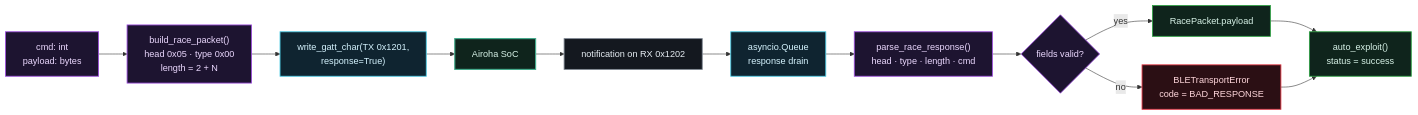
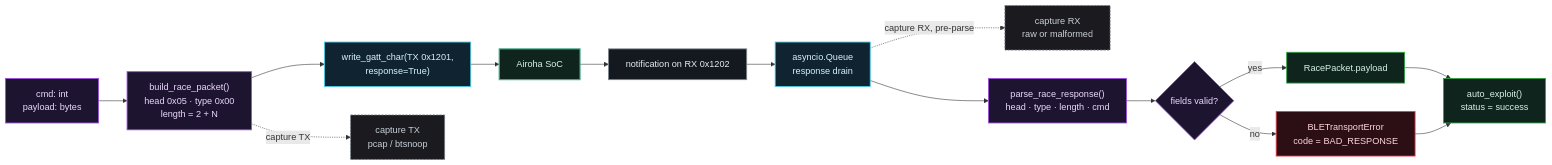
The fourth of 5 diagrams in README.md (ekomsSavior/RACE), drawn with Mermaid before and after one commit. The commit also changed other lines of this file and 7 other files, not shown here.

First line of the commit message:
feat: pcap/btsnoop wire capture hook for RACE sessions

````diff
--- a/README.md
+++ b/README.md
@@ -334,21 +335,24 @@
 ```mermaid
 flowchart LR
     A["cmd: int<br/>payload: bytes"]:::proto --> B["build_race_packet()<br/>head 0x05 · type 0x00<br/>length = 2 + N"]:::proto
     B --> C["write_gatt_char(TX 0x1201,<br/>response=True)"]:::transport
+    B -.->|capture TX| B2["capture TX<br/>pcap / btsnoop"]:::capture
     C --> D["Airoha SoC"]:::device
     D --> E["notification on RX 0x1202"]:::link
     E --> F["asyncio.Queue<br/>response drain"]:::transport
+    F -.->|capture RX, pre-parse| F2["capture RX<br/>raw or malformed"]:::capture
     F --> G["parse_race_response()<br/>head · type · length · cmd"]:::proto
     G --> H{"fields valid?"}:::proto
     H -->|"yes"| I["RacePacket.payload"]:::ok
     H -->|"no"| J["BLETransportError<br/>code = BAD_RESPONSE"]:::err
     I --> K["auto_exploit()<br/>status = success"]:::ok
     J --> K
 
     classDef proto fill:#1d1430,stroke:#9d4edd,color:#ecd9ff,stroke-width:1.5px
     classDef transport fill:#0f2430,stroke:#48cae4,color:#d6f4ff,stroke-width:1.5px
     classDef link fill:#14181f,stroke:#7d8590,color:#e6edf3,stroke-width:1.5px
     classDef device fill:#0f241c,stroke:#43aa8b,color:#d8f3e8,stroke-width:2px
+    classDef capture fill:#1a1a1f,stroke:#6e7681,color:#c9d1d9,stroke-width:1.5px,stroke-dasharray:4 2
     classDef ok fill:#0f241c,stroke:#2ea043,color:#d8f3e8,stroke-width:1.5px
     classDef err fill:#2b0f14,stroke:#e63946,color:#ffd7dc,stroke-width:1.5px
 ```
````
